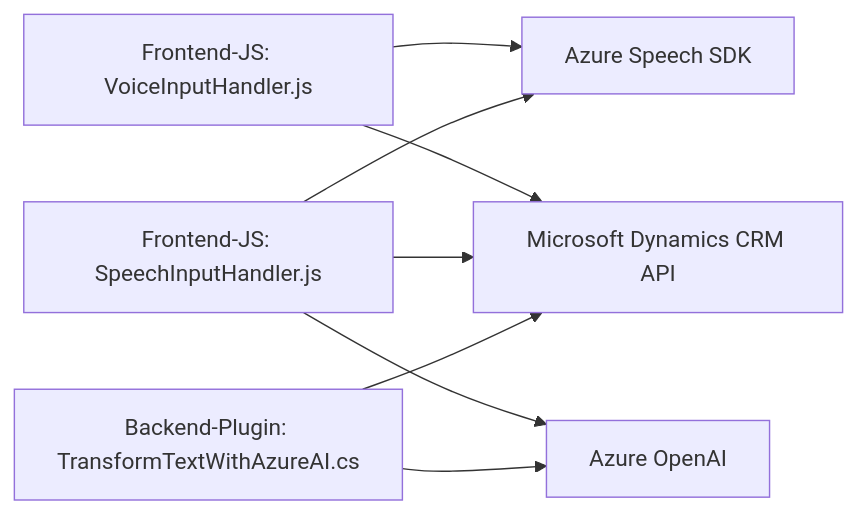
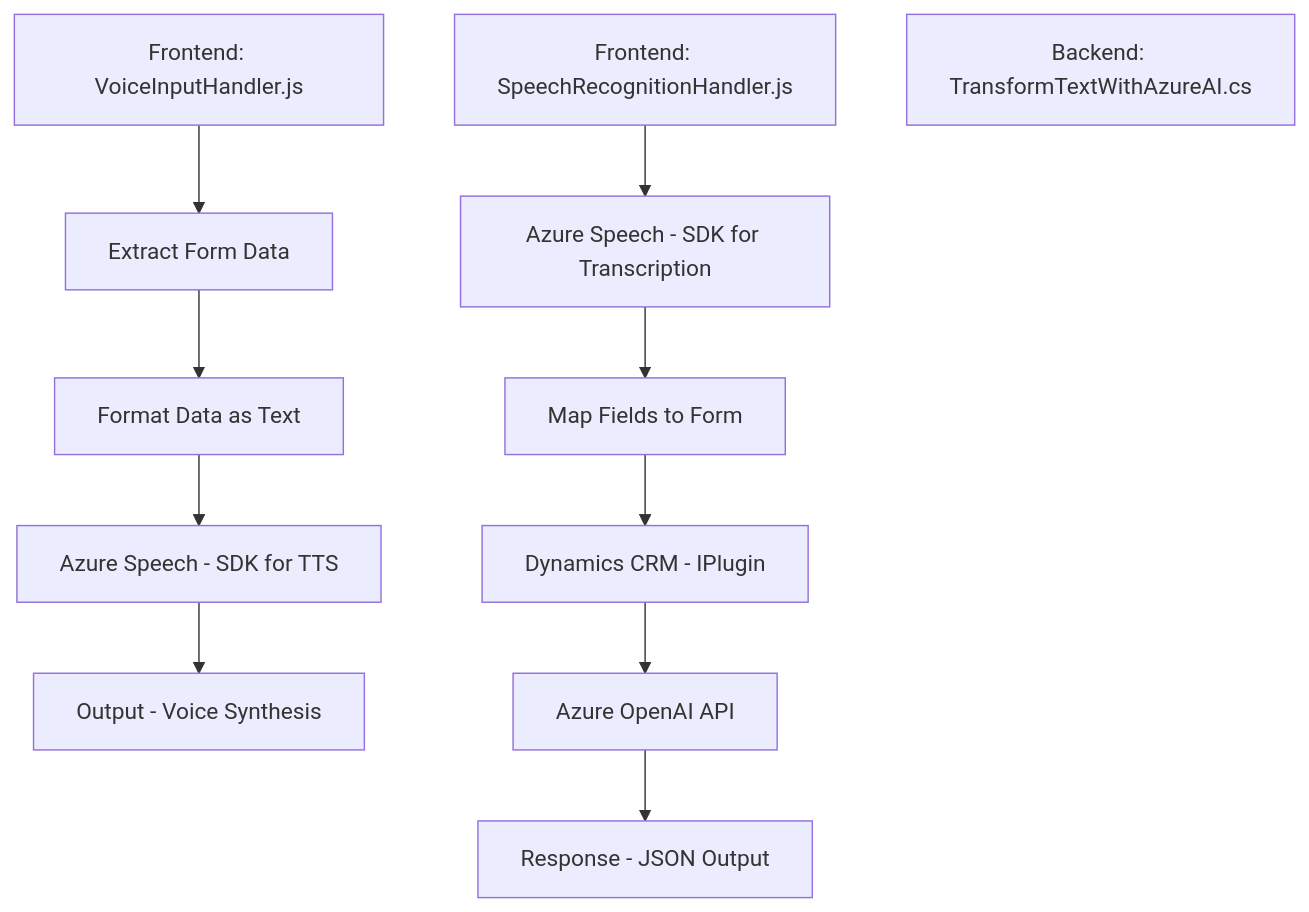
The diagram in README.md (blopezdm/NETCORE_BILBAO2025), drawn with Mermaid before and after one commit. The commit also changed other lines of this file, not shown here.

````diff
--- a/README.md
+++ b/README.md
@@ -51,17 +48,26 @@
 ```mermaid
-graph LR
-A["Frontend-JS: VoiceInputHandler.js"]
-B["Frontend-JS: SpeechInputHandler.js"]
-C["Backend-Plugin: TransformTextWithAzureAI.cs"]
-D["Azure Speech SDK"]
-E["Azure OpenAI"]
-F["Microsoft Dynamics CRM API"]
+graph TD
+    A["Frontend: VoiceInputHandler.js"]
+    B["Extract Form Data"]
+    C["Format Data as Text"]
+    D["Azure Speech - SDK for TTS"]
+    E["Output - Voice Synthesis"]
+    F["Frontend: SpeechRecognitionHandler.js"]
+    G["Azure Speech - SDK for Transcription"]
+    H["Map Fields to Form"]
+    I["Backend: TransformTextWithAzureAI.cs"]
+    J["Dynamics CRM - IPlugin"]
+    K["Azure OpenAI API"]
+    L["Response - JSON Output"]
 
-A --> D
-B --> D
-B --> E
-C --> E
-A --> F
-B --> F
-C --> F
+    A --> B
+    B --> C
+    C --> D
+    D --> E
+    F --> G
+    G --> H
+    
+    H --> J
+    J --> K
+    K --> L
 ```
````
